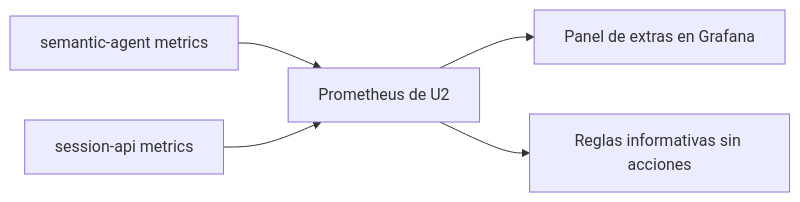
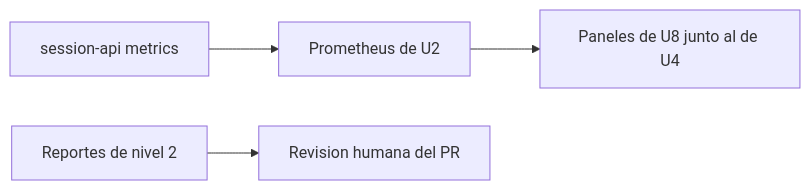
The diagram in aidlc/spaces/default/intents/261002-veridicus-mvp/construction/assistant-extras/nfr-design/observability-design.md (freyesJaveriana/tai), drawn with Mermaid before and after one commit. The commit also changed other lines of this file and 10 other files, not shown here.

````diff
--- a/aidlc/spaces/default/intents/261002-veridicus-mvp/construction/assistant-extras/nfr-design/observability-design.md
+++ b/aidlc/spaces/default/intents/261002-veridicus-mvp/construction/assistant-extras/nfr-design/observability-design.md
@@ -62,7 +76,6 @@
 ```mermaid
 flowchart LR
-  SA[semantic-agent metrics] --> PR[Prometheus de U2]
-  API[session-api metrics] --> PR
-  PR --> GR[Panel de extras en Grafana]
-  PR --> RU[Reglas informativas sin acciones]
+  API[session-api metrics] --> PR[Prometheus de U2]
+  PR --> GR[Paneles de U8 junto al de U4]
+  N2[Reportes de nivel 2] --> PRV[Revision humana del PR]
 ```
````
